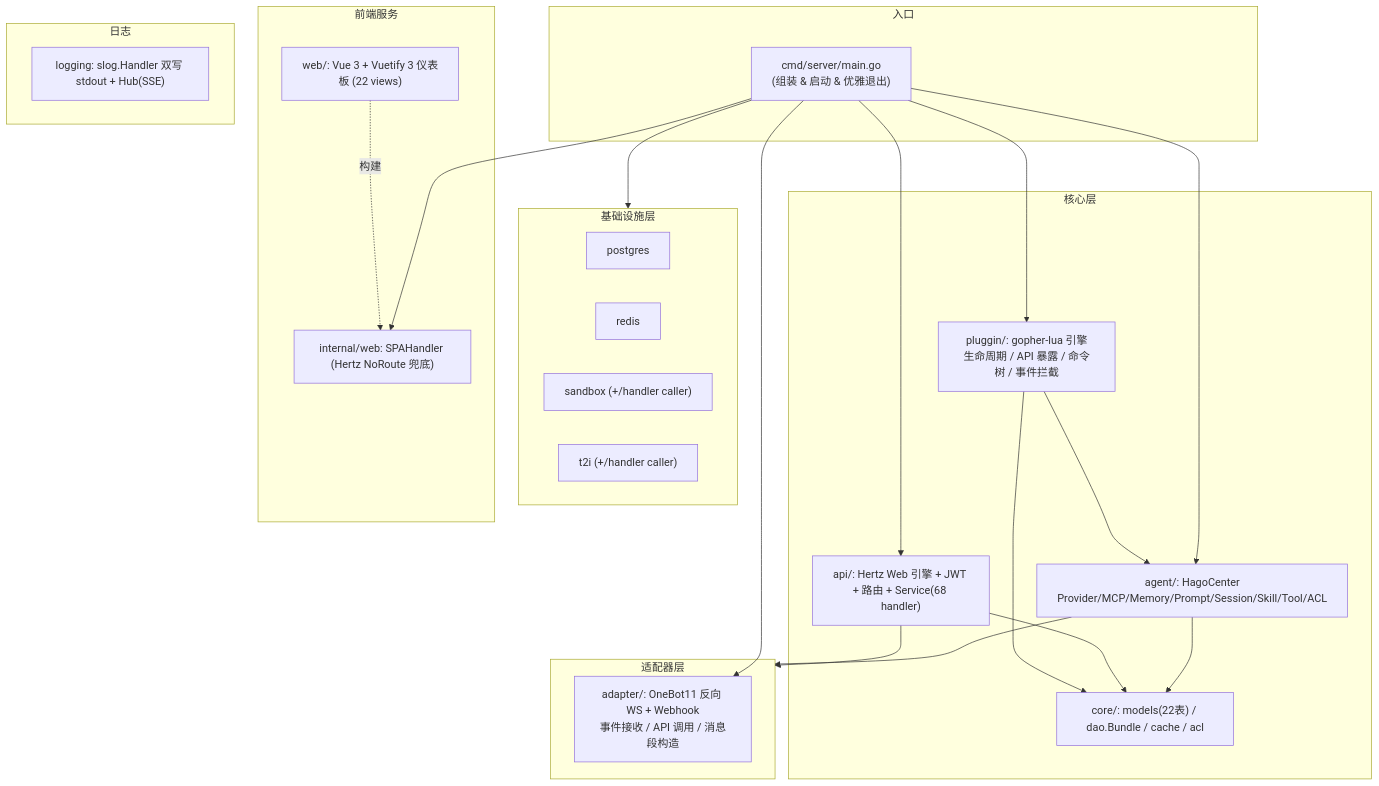
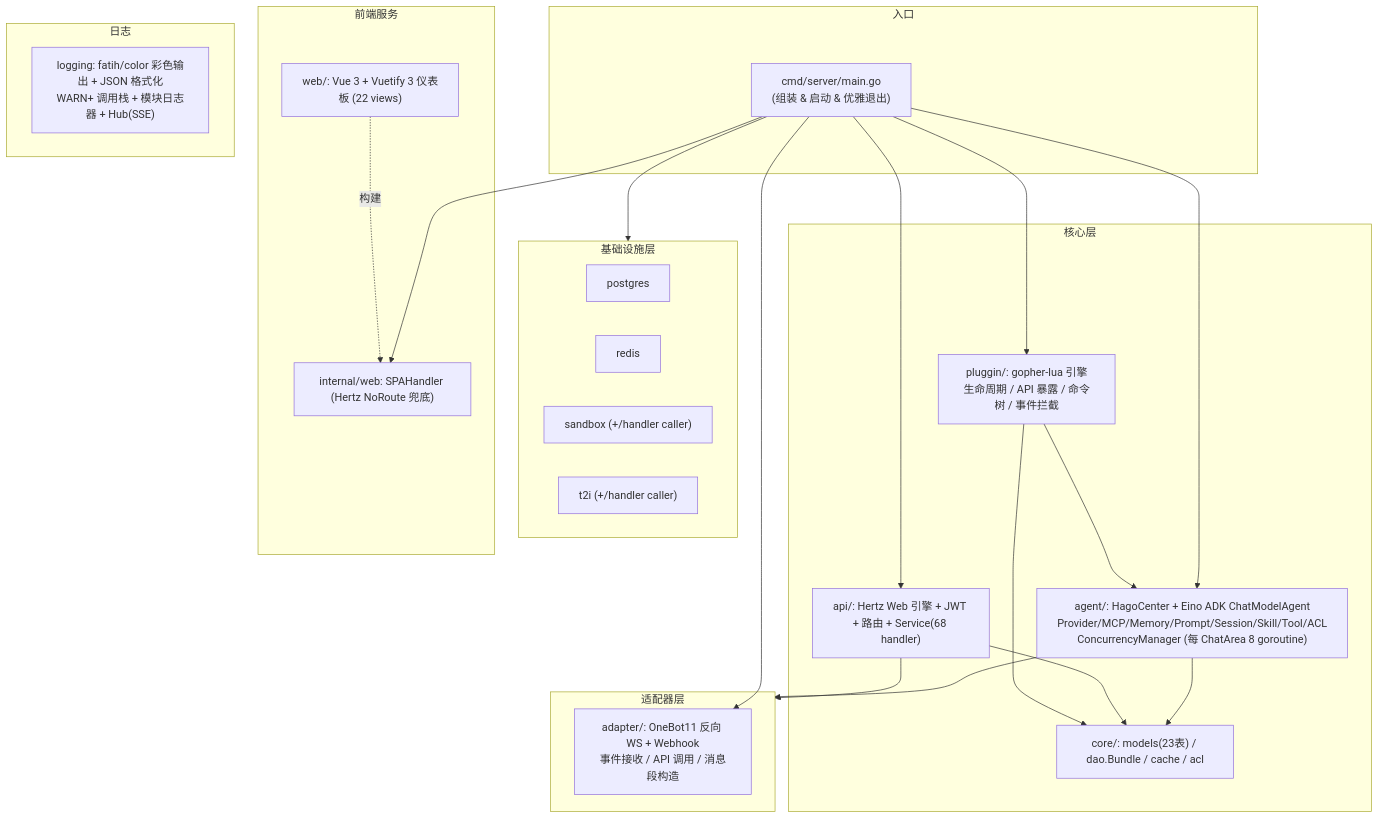
The first of 16 diagrams in docs/project-details.md (JuanNiangDev/JuanNiang-Neo), drawn with Mermaid before and after one commit. The commit also changed other lines of this file and 6 other files, not shown here.

````diff
--- a/docs/project-details.md
+++ b/docs/project-details.md
@@ -13,42 +13,42 @@
 ```mermaid
 flowchart TB
   subgraph Entry["入口"]
     Main["cmd/server/main.go<br/>(组装 & 启动 & 优雅退出)"]
   end
   subgraph Adapter["适配器层"]
     OB["adapter/: OneBot11 反向 WS + Webhook<br/>事件接收 / API 调用 / 消息段构造"]
   end
   subgraph Core["核心层"]
     API["api/: Hertz Web 引擎 + JWT + 路由 + Service(68 handler)"]
     Plugin["pluggin/: gopher-lua 引擎<br/>生命周期 / API 暴露 / 命令树 / 事件拦截"]
-    Agent["agent/: HagoCenter<br/>Provider/MCP/Memory/Prompt/Session/Skill/Tool/ACL"]
-    CoreLib["core/: models(22表) / dao.Bundle / cache / acl"]
+    Agent["agent/: HagoCenter + Eino ADK ChatModelAgent<br/>Provider/MCP/Memory/Prompt/Session/Skill/Tool/ACL<br/>ConcurrencyManager (每 ChatArea 8 goroutine)"]
+    CoreLib["core/: models(23表) / dao.Bundle / cache / acl"]
   end
   subgraph Infra["基础设施层"]
     PG["postgres"]
     Red["redis"]
     SB["sandbox (+/handler caller)"]
     T2I["t2i (+/handler caller)"]
   end
   subgraph Web["前端服务"]
     SPA["internal/web: SPAHandler (Hertz NoRoute 兜底)"]
     FE["web/: Vue 3 + Vuetify 3 仪表板 (22 views)"]
   end
   subgraph Logging["日志"]
-    LogHub["logging: slog.Handler 双写 stdout + Hub(SSE)"]
+    LogHub["logging: fatih/color 彩色输出 + JSON 格式化<br/>WARN+ 调用栈 + 模块日志器 + Hub(SSE)"]
   end
 
   Main --> OB
   Main --> Agent
   Main --> API
   Main --> Plugin
   Main --> SPA
   Main --> Infra
   Agent --> CoreLib
   API --> CoreLib
   Plugin --> CoreLib
   Plugin --> Agent
   Agent --> Adapter
   API --> Adapter
   FE -.构建.-> SPA
 ```
````
